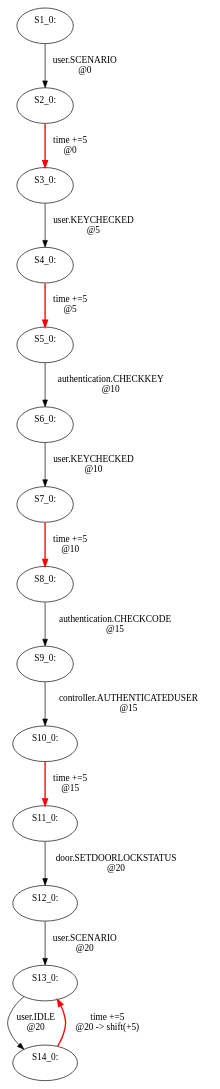
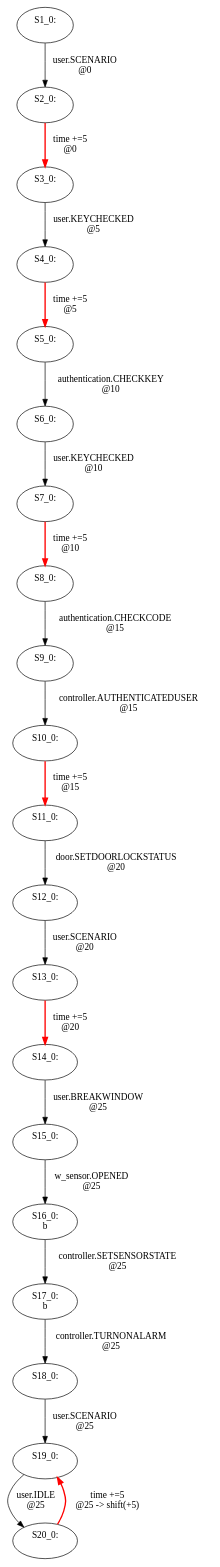
Before and after one commit to CEN90/Homealarm: the diagram in Rebeca/src/alarm.dot, drawn with Graphviz. The commit also changed 1 other file, not shown here.

```diff
--- a/Rebeca/src/alarm.dot
+++ b/Rebeca/src/alarm.dot
@@ -1,30 +1,42 @@
 digraph html {
 S1_0[label="S1_0: \n "];
 S2_0[label="S2_0: \n "];
 S3_0[label="S3_0: \n "];
 S2_0 -> S3_0[label="time +=5 \n @0", style="bold", color="red"];
 S1_0 -> S2_0[label="user.SCENARIO \n @0"];
 S4_0[label="S4_0: \n "];
 S5_0[label="S5_0: \n "];
 S4_0 -> S5_0[label="time +=5 \n @5", style="bold", color="red"];
 S3_0 -> S4_0[label="user.KEYCHECKED \n @5"];
 S6_0[label="S6_0: \n "];
 S5_0 -> S6_0[label="authentication.CHECKKEY \n @10"];
 S7_0[label="S7_0: \n "];
 S8_0[label="S8_0: \n "];
 S7_0 -> S8_0[label="time +=5 \n @10", style="bold", color="red"];
 S6_0 -> S7_0[label="user.KEYCHECKED \n @10"];
 S9_0[label="S9_0: \n "];
 S8_0 -> S9_0[label="authentication.CHECKCODE \n @15"];
 S10_0[label="S10_0: \n "];
 S11_0[label="S11_0: \n "];
 S10_0 -> S11_0[label="time +=5 \n @15", style="bold", color="red"];
 S9_0 -> S10_0[label="controller.AUTHENTICATEDUSER \n @15"];
 S12_0[label="S12_0: \n "];
 S11_0 -> S12_0[label="door.SETDOORLOCKSTATUS \n @20"];
 S13_0[label="S13_0: \n "];
+S14_0[label="S14_0: \n "];
+S13_0 -> S14_0[label="time +=5 \n @20", style="bold", color="red"];
 S12_0 -> S13_0[label="user.SCENARIO \n @20"];
-S14_0[label="S14_0: \n "];
-S14_0 -> S13_0[label="time +=5 \n @20 -> shift(+5)", style="bold", color="red"];
-S13_0 -> S14_0[label="user.IDLE \n @20"];
+S15_0[label="S15_0: \n "];
+S14_0 -> S15_0[label="user.BREAKWINDOW \n @25"];
+S16_0[label="S16_0: \n b"];
+S15_0 -> S16_0[label="w_sensor.OPENED \n @25"];
+S17_0[label="S17_0: \n b"];
+S16_0 -> S17_0[label="controller.SETSENSORSTATE \n @25"];
+S18_0[label="S18_0: \n "];
+S17_0 -> S18_0[label="controller.TURNONALARM \n @25"];
+S19_0[label="S19_0: \n "];
+S18_0 -> S19_0[label="user.SCENARIO \n @25"];
+S20_0[label="S20_0: \n "];
+S20_0 -> S19_0[label="time +=5 \n @25 -> shift(+5)", style="bold", color="red"];
+S19_0 -> S20_0[label="user.IDLE \n @25"];
 }
```
